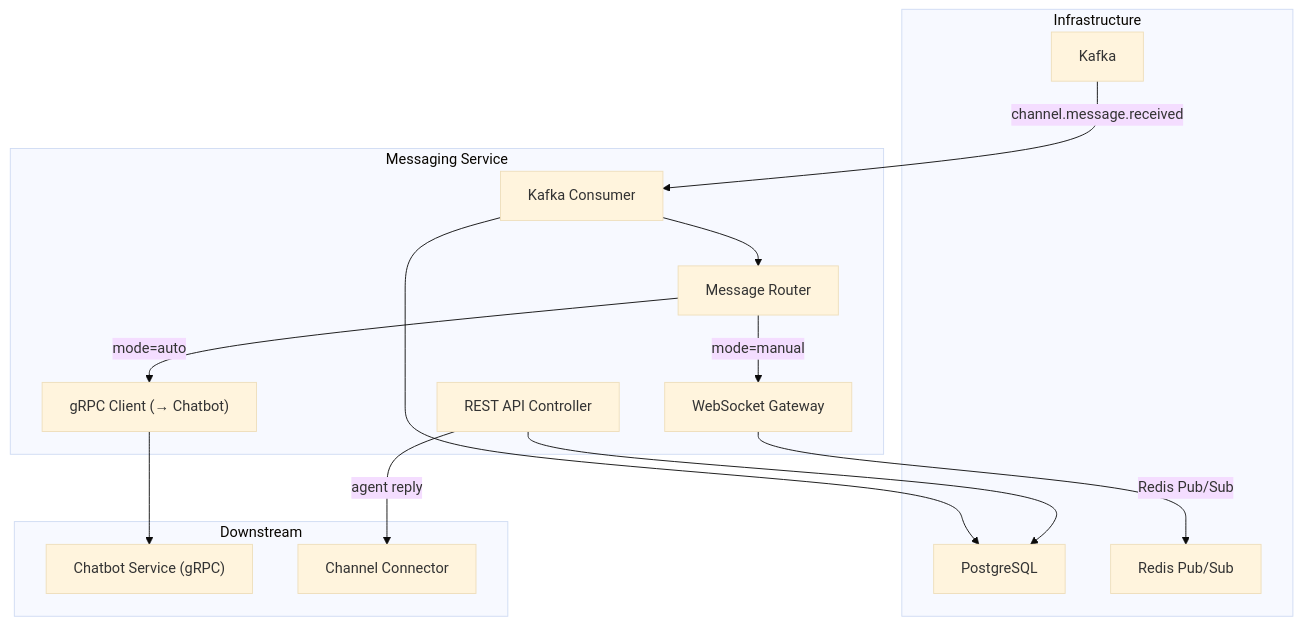
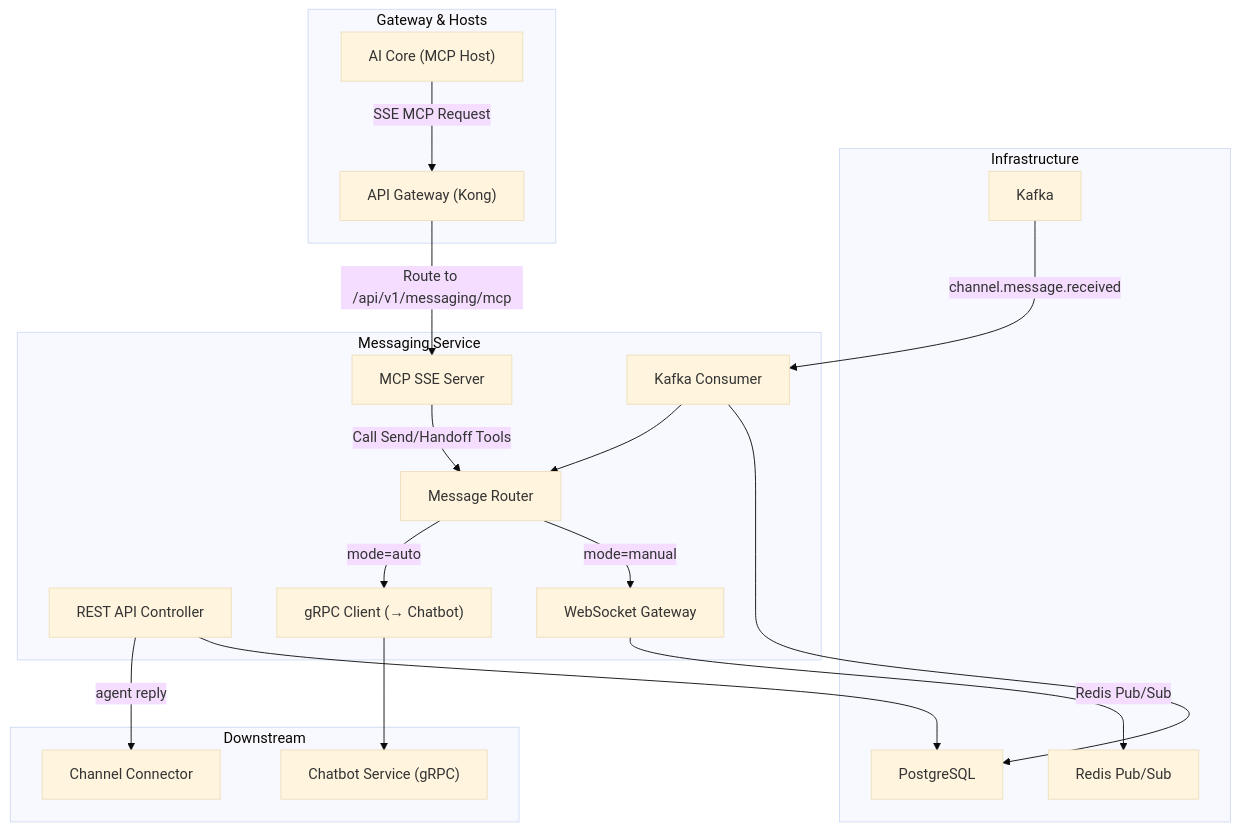
The diagram in specs/services/messaging/design.md (hugg4u/solavie-platform), drawn with Mermaid (base theme) before and after one commit. The commit also changed other lines of this file and 55 other files, not shown here.

Commit message:
docs: update specs and requirements for Custom MCP SSE architecture and multi-tenant isolation

````diff
--- a/specs/services/messaging/design.md
+++ b/specs/services/messaging/design.md
@@ -24,30 +25,40 @@
 ```mermaid
 graph TB
     subgraph "Messaging Service"
         API["REST API Controller"]
         WS["WebSocket Gateway"]
         KAFKA_C["Kafka Consumer"]
         ROUTER["Message Router"]
         GRPC["gRPC Client (→ Chatbot)"]
+        MCP["MCP SSE Server"]
     end
 
     subgraph "Infrastructure"
         Kafka["Kafka"]
         PG["PostgreSQL"]
         Redis["Redis Pub/Sub"]
     end
 
     subgraph "Downstream"
         CB["Chatbot Service (gRPC)"]
         CC["Channel Connector"]
     end
 
+    subgraph "Gateway & Hosts"
+        GW["API Gateway (Kong)"]
+        AIC["AI Core (MCP Host)"]
+    end
+
     Kafka -->|channel.message.received| KAFKA_C
     KAFKA_C --> ROUTER
     ROUTER -->|mode=auto| GRPC
     GRPC --> CB
     ROUTER -->|mode=manual| WS
     WS -->|Redis Pub/Sub| Redis
     API -->|agent reply| CC
     API & KAFKA_C --> PG
+    
+    AIC -->|SSE MCP Request| GW
+    GW -->|Route to /api/v1/messaging/mcp| MCP
+    MCP -->|Call Send/Handoff Tools| ROUTER
 ```
````
